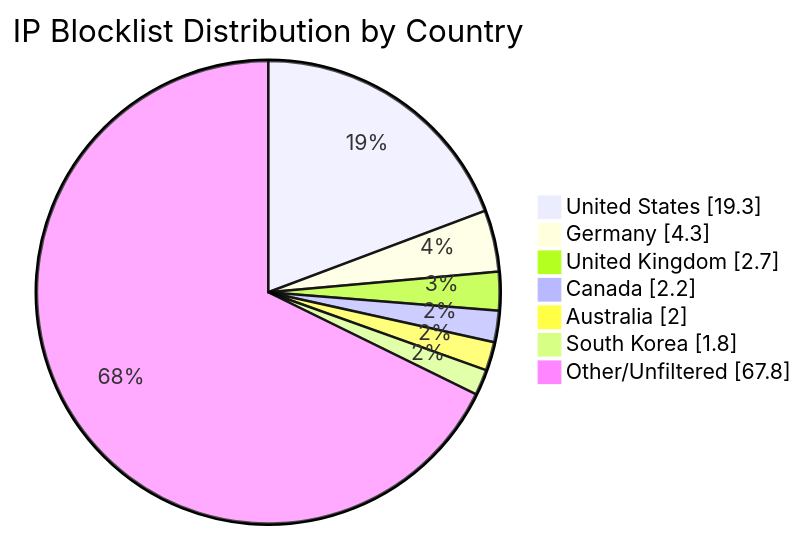
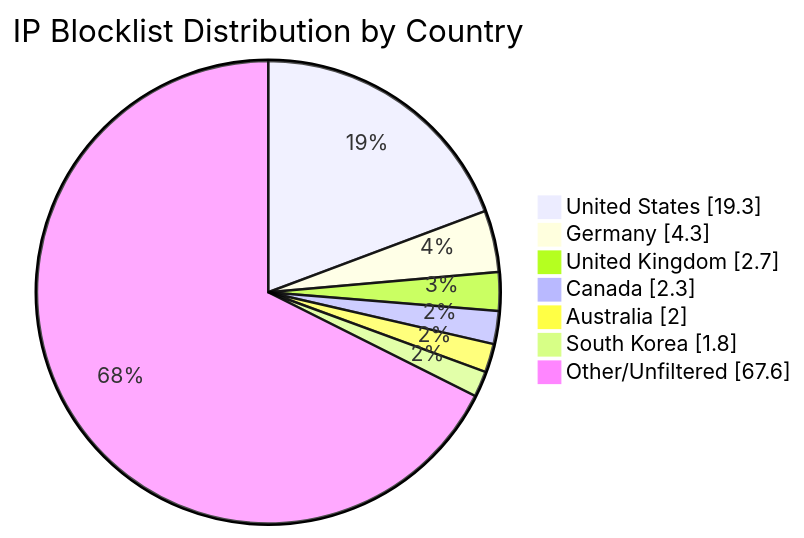
One commit to MarcusHoltz/ipblocklist-geofiltered-aggregator changed the diagram in README.md. Above: the diagram before and after it, drawn with Mermaid. The commit also changed other lines of this file and 9 other files, not shown here.

````diff
--- a/README.md
+++ b/README.md
@@ -34,10 +34,10 @@
 ```mermaid
 pie showData title IP Blocklist Distribution by Country
 "United States" : 19.3
 "Germany" : 4.3
 "United Kingdom" : 2.7
-"Canada" : 2.2
+"Canada" : 2.3
 "Australia" : 2.0
 "South Korea" : 1.8
-"Other/Unfiltered" : 67.8
+"Other/Unfiltered" : 67.6
 ```
````
